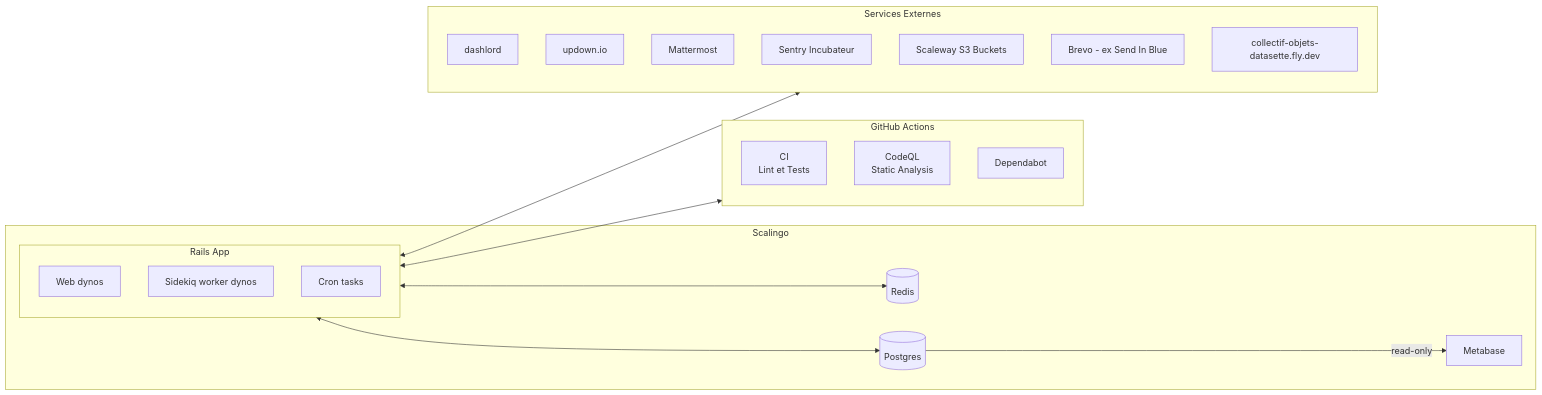
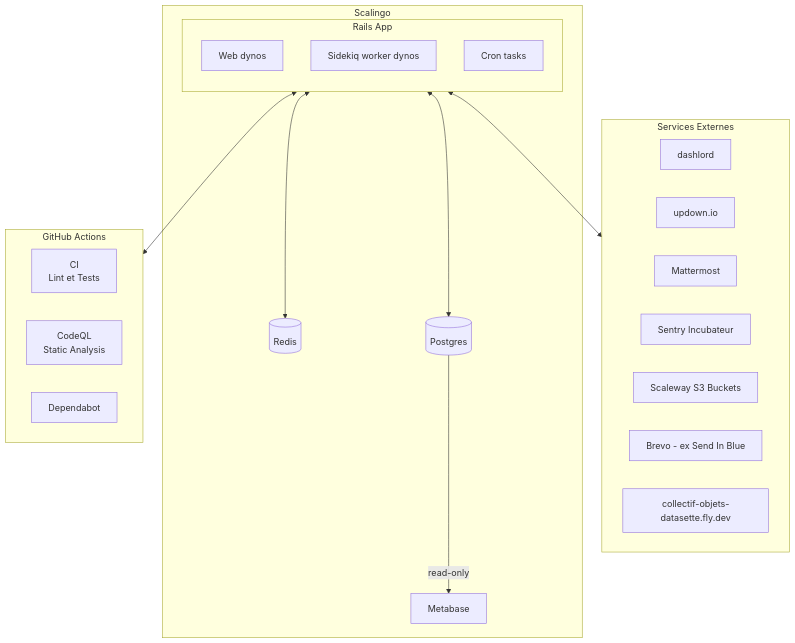
Before and after one commit to betagouv/collectif-objets: the first of 4 diagrams in README.md, drawn with Mermaid. The commit also changed other lines of this file, not shown here.

````diff
--- a/README.md
+++ b/README.md
@@ -98,30 +128,31 @@
 ```mermaid
-flowchart LR
-  subgraph scalingo[Scalingo]
-      subgraph rails[Rails App]
-        web[Web dynos]
-        worker[Sidekiq worker dynos]
-        cron[Cron tasks]
-      end
-      rails <--> redis[(Redis)]
-      rails <--> postgres[(Postgres)]
-      postgres -- read-only --> metabase[Metabase]
-  end
-  subgraph github[GitHub Actions]
-    ci[CI\nLint et Tests]
-    codeql[CodeQL\nStatic Analysis]
-    dependabot[Dependabot]
-  end
-  rails <--> github
+flowchart TB
+
   subgraph ext[Services Externes]
     dashlord
     updown.io
     Mattermost
     Sentry[Sentry Incubateur]
     s3[Scaleway S3 Buckets]
     brevo[Brevo - ex Send In Blue]
     datasette[collectif-objets-datasette.fly.dev]
   end
+  subgraph scalingo[Scalingo]
+    subgraph rails[Rails App]
+      direction TB
+      web[Web dynos]
+      worker[Sidekiq worker dynos]
+      cron[Cron tasks]
+    end
+    rails <--> redis[(Redis)]
+    rails <--> postgres[(Postgres)]
+    postgres -- read-only --> metabase[Metabase]
+  end
+  subgraph github[GitHub Actions]
+    ci[CI\nLint et Tests]
+    codeql[CodeQL\nStatic Analysis]
+    dependabot[Dependabot]
+  end
+  rails <--> github
   rails <--> ext
-
 ```
````
